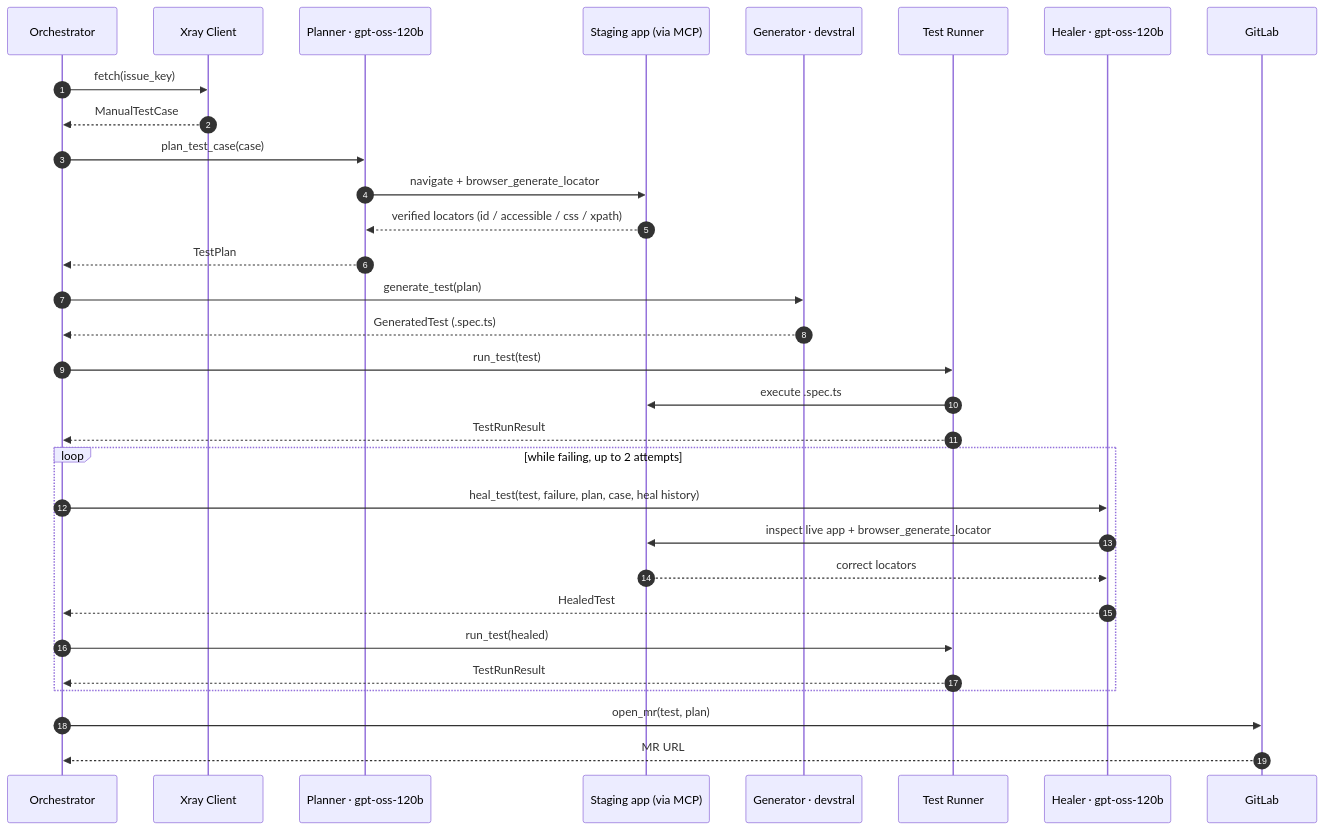
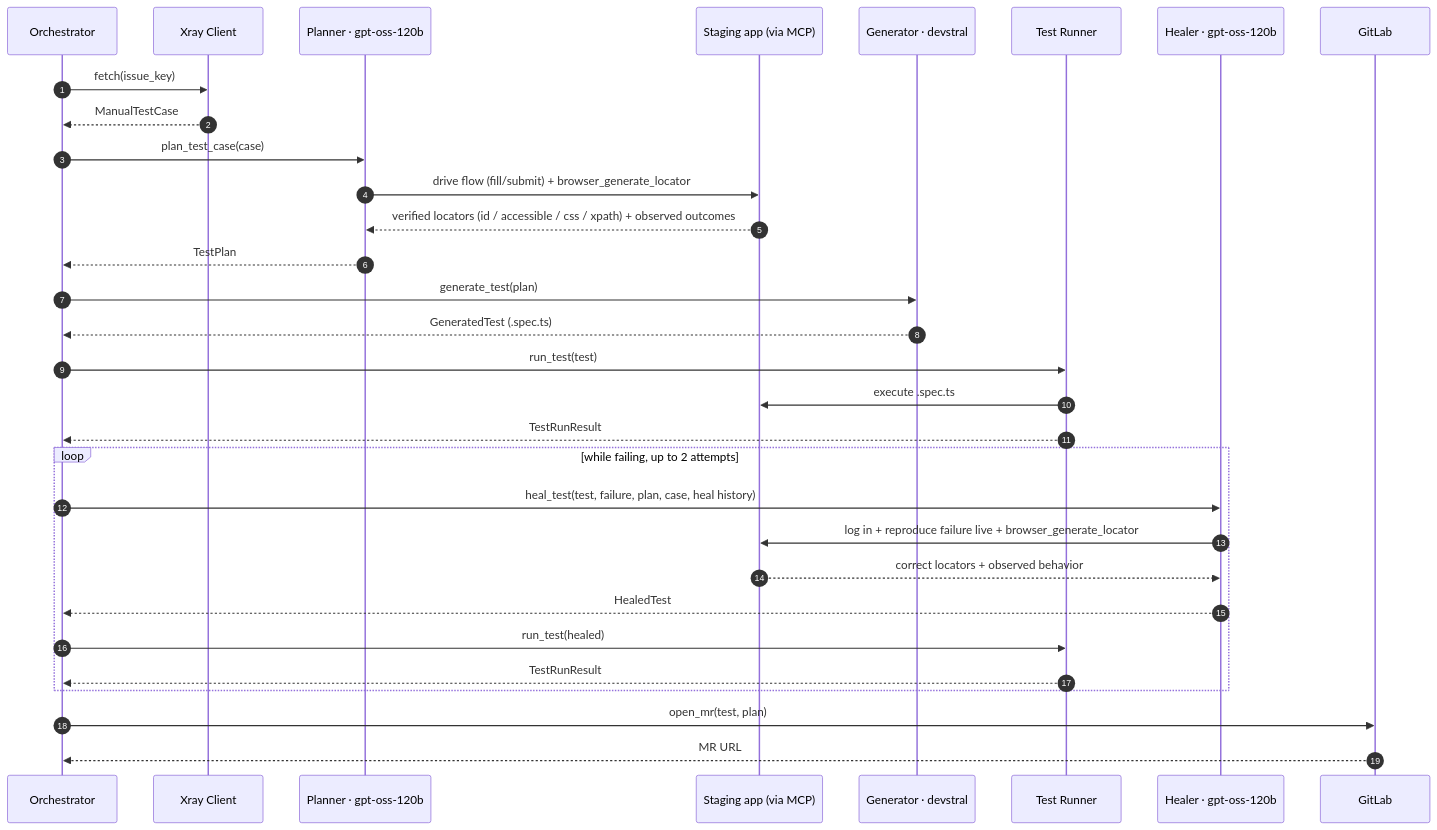
The second of 3 diagrams in docs/WORKFLOW.md (jpucic00/agentic-test-automation), drawn with Mermaid before and after one commit. The commit also changed other lines of this file and 14 other files, not shown here.

````diff
--- a/docs/WORKFLOW.md
+++ b/docs/WORKFLOW.md
@@ -38,36 +38,36 @@
 ```mermaid
 sequenceDiagram
     autonumber
     participant O as Orchestrator
     participant X as Xray Client
     participant P as Planner · gpt-oss-120b
     participant B as Staging app (via MCP)
     participant G as Generator · devstral
     participant R as Test Runner
     participant H as Healer · gpt-oss-120b
     participant L as GitLab
 
     O->>X: fetch(issue_key)
     X-->>O: ManualTestCase
     O->>P: plan_test_case(case)
-    P->>B: navigate + browser_generate_locator
-    B-->>P: verified locators (id / accessible / css / xpath)
+    P->>B: drive flow (fill/submit) + browser_generate_locator
+    B-->>P: verified locators (id / accessible / css / xpath) + observed outcomes
     P-->>O: TestPlan
     O->>G: generate_test(plan)
     G-->>O: GeneratedTest (.spec.ts)
     O->>R: run_test(test)
     R->>B: execute .spec.ts
     R-->>O: TestRunResult
 
     loop while failing, up to 2 attempts
         O->>H: heal_test(test, failure, plan, case, heal history)
-        H->>B: inspect live app + browser_generate_locator
-        B-->>H: correct locators
+        H->>B: log in + reproduce failure live + browser_generate_locator
+        B-->>H: correct locators + observed behavior
         H-->>O: HealedTest
         O->>R: run_test(healed)
         R-->>O: TestRunResult
     end
 
     O->>L: open_mr(test, plan)
     L-->>O: MR URL
 ```
````
